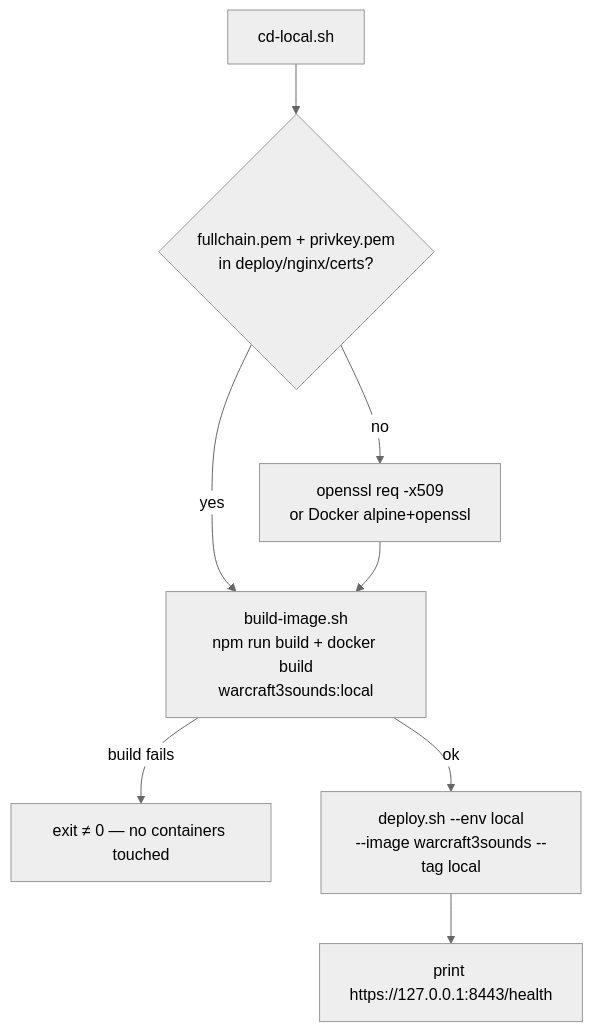
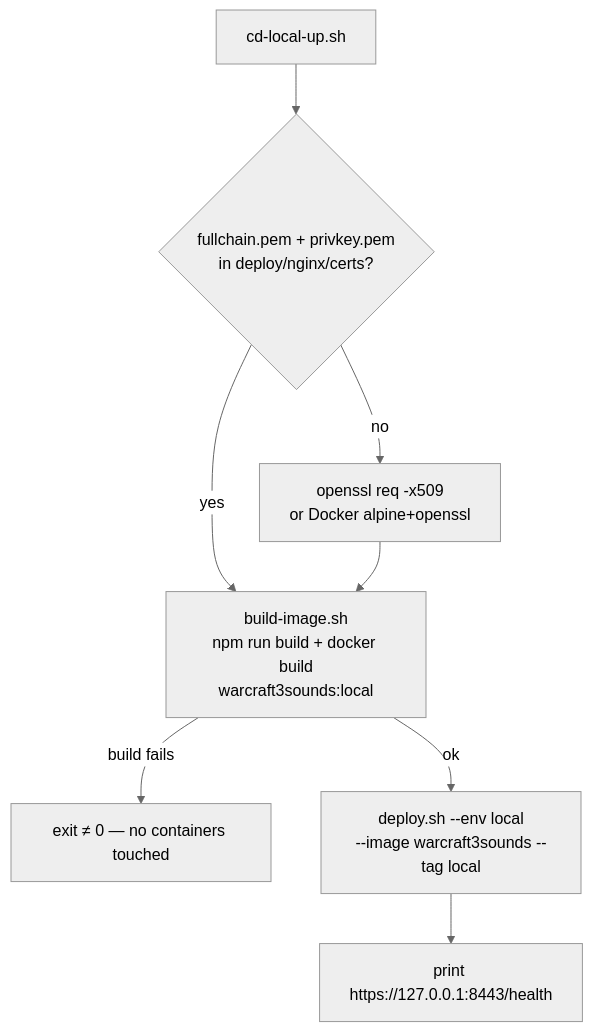
One commit to Psychopoulet/warcraft3sounds changed the fourth of 6 diagrams in DOC.md. Above: the diagram before and after it, drawn with Mermaid (neutral theme). The commit also changed other lines of this file and 5 other files, not shown here.

````diff
--- a/DOC.md
+++ b/DOC.md
@@ -169,10 +169,10 @@
 ```mermaid
 flowchart TD
-    Start["cd-local.sh"] --> Cert{"fullchain.pem + privkey.pem<br/>in deploy/nginx/certs?"}
+    Start["cd-local-up.sh"] --> Cert{"fullchain.pem + privkey.pem<br/>in deploy/nginx/certs?"}
     Cert -->|no| OpenSSL["openssl req -x509<br/>or Docker alpine+openssl"]
     Cert -->|yes| Build
     OpenSSL --> Build["build-image.sh<br/>npm run build + docker build<br/>warcraft3sounds:local"]
     Build -->|build fails| FailBuild["exit ≠ 0 — no containers touched"]
     Build -->|ok| Deploy["deploy.sh --env local<br/>--image warcraft3sounds --tag local"]
     Deploy --> End["print https://127.0.0.1:8443/health"]
 ```
````
